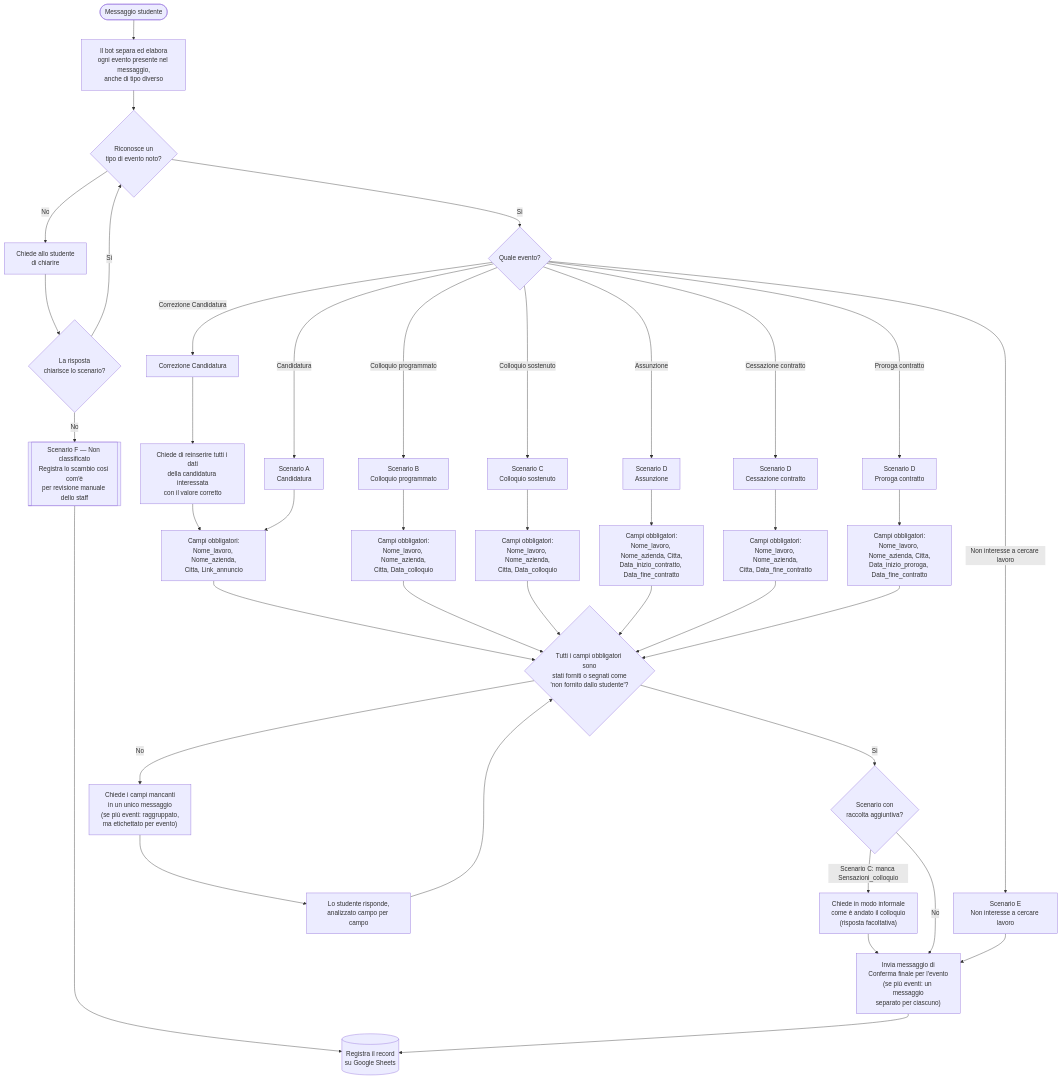
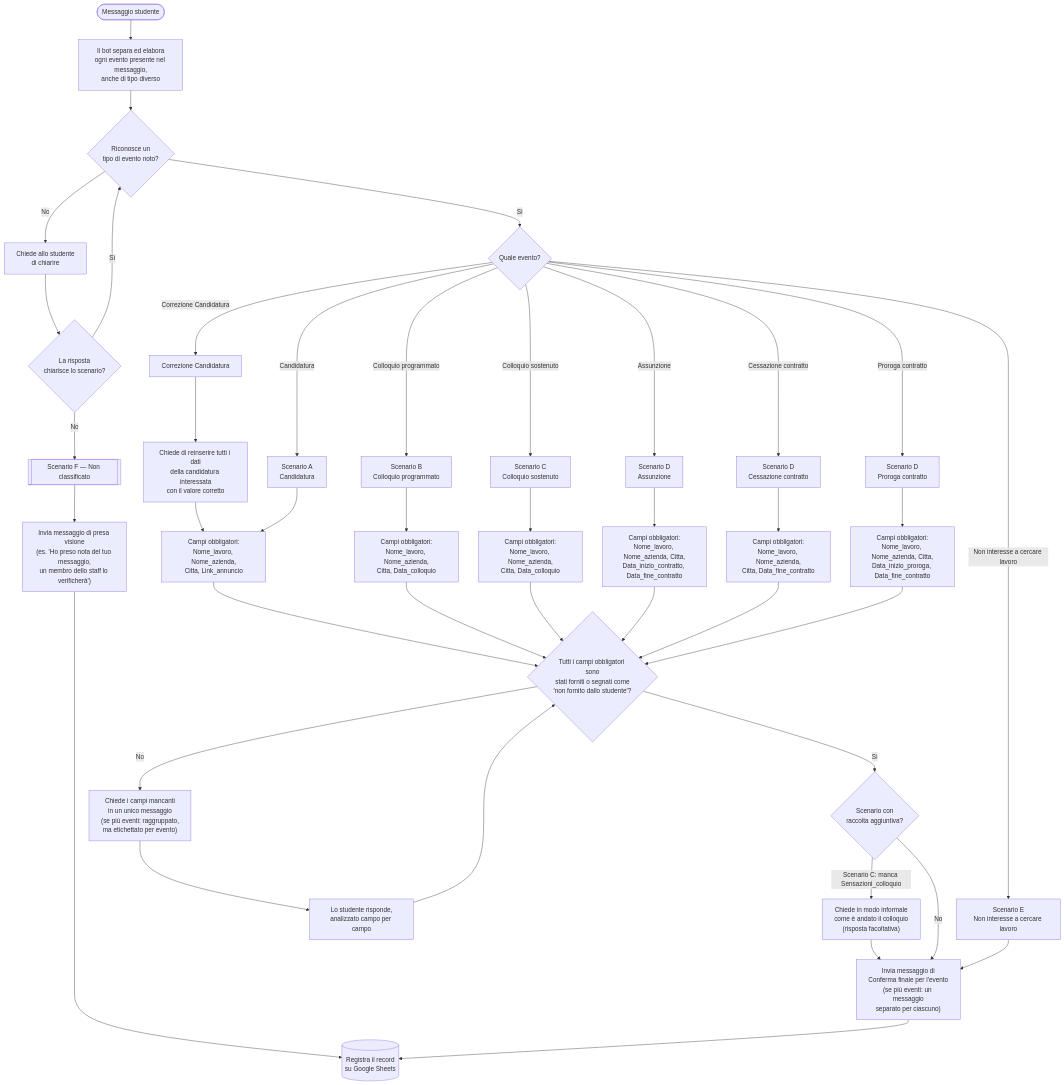
One commit to refresh-academy-staff/Progetto_ping_studenti changed the diagram in AI_bot_flowchart_20260805.md. Above: the diagram before and after it, drawn with Mermaid. The commit also changed 3 other files, not shown here.

````diff
--- a/AI_bot_flowchart_20260805.md
+++ b/AI_bot_flowchart_20260805.md
@@ -5,54 +5,55 @@
 ```mermaid
 flowchart TD
   Start(["Messaggio studente"]) --> Split["Il bot separa ed elabora<br/>ogni evento presente nel messaggio,<br/>anche di tipo diverso"]
   Split --> Detect{"Riconosce un<br/>tipo di evento noto?"}
 
   Detect -->|No| Clarify["Chiede allo studente<br/>di chiarire"]
   Clarify --> Detect2{"La risposta<br/>chiarisce lo scenario?"}
-  Detect2 -->|No| ScenF[["Scenario F — Non classificato<br/>Registra lo scambio così com'è<br/>per revisione manuale dello staff"]]
+  Detect2 -->|No| ScenF[["Scenario F — Non classificato"]]
   Detect2 -->|Sì| Detect
 
   Detect -->|Sì| Which{"Quale evento?"}
 
   Which -->|Candidatura| ScenA["Scenario A<br/>Candidatura"]
   Which -->|Correzione Candidatura| ScenAcorr["Correzione Candidatura"]
   Which -->|Colloquio programmato| ScenB["Scenario B<br/>Colloquio programmato"]
   Which -->|Colloquio sostenuto| ScenC["Scenario C<br/>Colloquio sostenuto"]
   Which -->|Assunzione| ScenD1["Scenario D<br/>Assunzione"]
   Which -->|Cessazione contratto| ScenD2["Scenario D<br/>Cessazione contratto"]
   Which -->|Proroga contratto| ScenD3["Scenario D<br/>Proroga contratto"]
   Which -->|Non interesse a cercare lavoro| ScenE["Scenario E<br/>Non interesse a cercare lavoro"]
 
   ScenAcorr --> ReAsk["Chiede di reinserire tutti i dati<br/>della candidatura interessata<br/>con il valore corretto"]
   ReAsk --> FieldsA
 
   ScenA --> FieldsA["Campi obbligatori:<br/>Nome_lavoro, Nome_azienda,<br/>Citta, Link_annuncio"]
   ScenB --> FieldsB["Campi obbligatori:<br/>Nome_lavoro, Nome_azienda,<br/>Citta, Data_colloquio"]
   ScenC --> FieldsC["Campi obbligatori:<br/>Nome_lavoro, Nome_azienda,<br/>Citta, Data_colloquio"]
   ScenD1 --> FieldsD1["Campi obbligatori:<br/>Nome_lavoro, Nome_azienda, Citta,<br/>Data_inizio_contratto, Data_fine_contratto"]
   ScenD2 --> FieldsD2["Campi obbligatori:<br/>Nome_lavoro, Nome_azienda,<br/>Citta, Data_fine_contratto"]
   ScenD3 --> FieldsD3["Campi obbligatori:<br/>Nome_lavoro, Nome_azienda, Citta,<br/>Data_inizio_proroga, Data_fine_contratto"]
 
   FieldsA --> Missing{"Tutti i campi obbligatori sono<br/>stati forniti o segnati come<br/>'non fornito dallo studente'?"}
   FieldsB --> Missing
   FieldsC --> Missing
   FieldsD1 --> Missing
   FieldsD2 --> Missing
   FieldsD3 --> Missing
 
   Missing -->|No| AskMissing["Chiede i campi mancanti<br/>in un unico messaggio<br/>(se più eventi: raggruppato,<br/>ma etichettato per evento)"]
   AskMissing --> StudentReply["Lo studente risponde,<br/>analizzato campo per campo"]
   StudentReply --> Missing
 
   Missing -->|Sì| Extra{"Scenario con<br/>raccolta aggiuntiva?"}
 
   Extra -->|"Scenario C: manca Sensazioni_colloquio"| AskFeel["Chiede in modo informale<br/>come è andato il colloquio<br/>(risposta facoltativa)"]
   AskFeel --> Confirm
   Extra -->|No| Confirm
 
   ScenE --> Confirm
 
   Confirm["Invia messaggio di<br/>Conferma finale per l'evento<br/>(se più eventi: un messaggio<br/>separato per ciascuno)"]
-  ScenF --> Save
+  ScenF --> AckF["Invia messaggio di presa visione<br/>(es. 'Ho preso nota del tuo messaggio,<br/>un membro dello staff lo verificherà')"]
+  AckF --> Save
   Confirm --> Save[("Registra il record<br/>su Google Sheets")]
 ```
````
